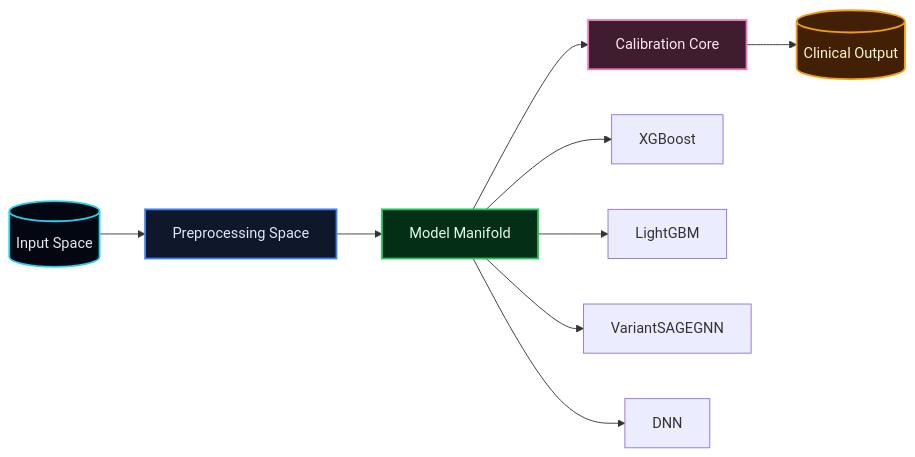
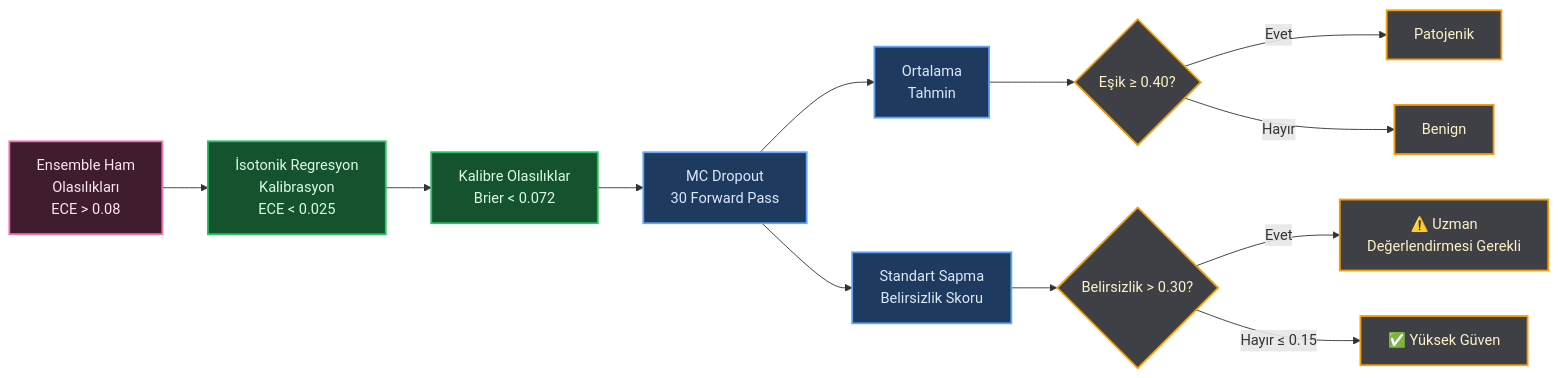
One commit to msgxr/VARIANT-GNN changed the fourth of 11 diagrams in README.md. Above: the diagram before and after it, drawn with Mermaid. The commit also changed other lines of this file, not shown here.

````diff
--- a/README.md
+++ b/README.md
@@ -124,14 +225,23 @@
 ```mermaid
 graph LR
-    classDef n0 fill:#030712,stroke:#22d3ee,stroke-width:2px,color:#e5e7eb
-    classDef n1 fill:#0f172a,stroke:#3b82f6,stroke-width:2px,color:#dbeafe
-    classDef n2 fill:#052e16,stroke:#22c55e,stroke-width:2px,color:#dcfce7
-    classDef n3 fill:#3f1d2e,stroke:#f472b6,stroke-width:2px,color:#fce7f3
-    classDef n4 fill:#422006,stroke:#f59e0b,stroke-width:2px,color:#fef3c7
+    classDef raw fill:#3f1d2e,stroke:#f472b6,stroke-width:2px,color:#fce7f3
+    classDef cal fill:#14532d,stroke:#22c55e,stroke-width:2px,color:#dcfce7
+    classDef mc fill:#1e3a5f,stroke:#60a5fa,stroke-width:2px,color:#dbeafe
+    classDef dec fill:#3f3f46,stroke:#f59e0b,stroke-width:2px,color:#fef3c7
 
-    I[("Input Space")]:::n0 --> P["Preprocessing Space"]:::n1 --> M["Model Manifold"]:::n2 --> C["Calibration Core"]:::n3 --> O[("Clinical Output")]:::n4
-    M --> X1["XGBoost"]
-    M --> X2["LightGBM"]
-    M --> X3["VariantSAGEGNN"]
-    M --> X4["DNN"]
+    E["Ensemble Ham\nOlasılıkları\nECE > 0.08"]:::raw
+    E --> ISO["İsotonik Regresyon\nKalibrasyon\nECE < 0.025"]:::cal
+    ISO --> CAL_OUT["Kalibre Olasılıklar\nBrier < 0.072"]:::cal
+
+    CAL_OUT --> MC_IN["MC Dropout\n30 Forward Pass"]:::mc
+    MC_IN --> MEAN["Ortalama\nTahmin"]:::mc
+    MC_IN --> STD["Standart Sapma\nBelirsizlik Skoru"]:::mc
+
+    MEAN --> THR{"Eşik ≥ 0.40?"}:::dec
+    THR -- "Evet" --> PAT["Patojenik"]:::dec
+    THR -- "Hayır" --> BEN["Benign"]:::dec
+
+    STD --> UNC{"Belirsizlik > 0.30?"}:::dec
+    UNC -- "Evet" --> FLAG["⚠️ Uzman\nDeğerlendirmesi Gerekli"]:::dec
+    UNC -- "Hayır ≤ 0.15" --> HIGH["✅ Yüksek Güven"]:::dec
 ```
````
